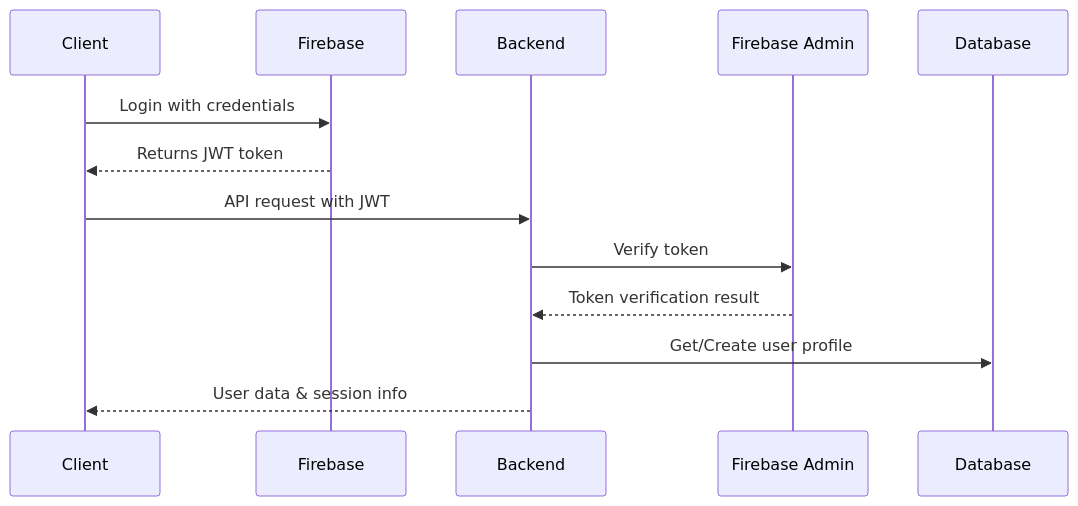
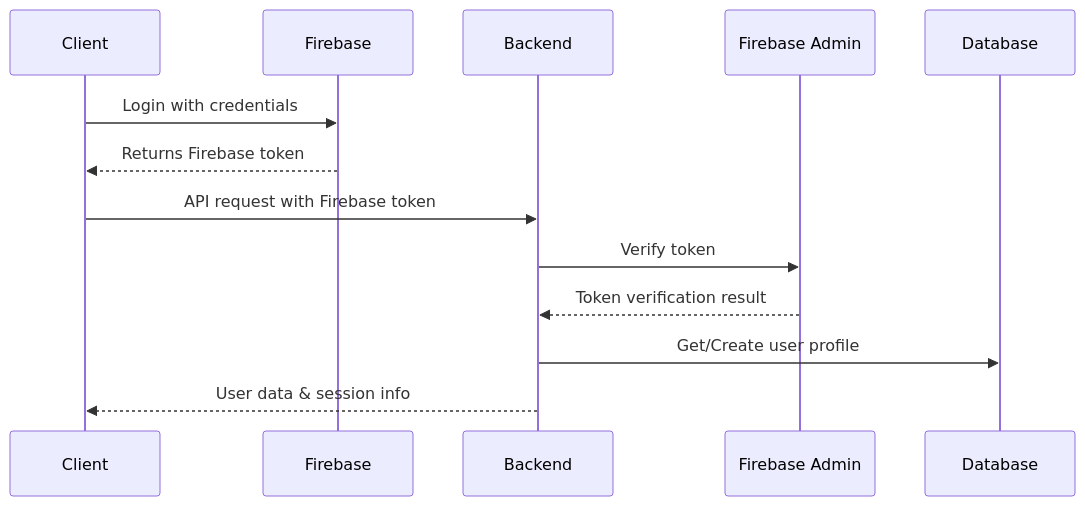
One commit to Jet-labs/jet-admin changed the diagram in docs/docs/auth/authentication.md. Above: the diagram before and after it, drawn with Mermaid. The commit also changed other lines of this file and 53 other files, not shown here.

````diff
--- a/docs/docs/auth/authentication.md
+++ b/docs/docs/auth/authentication.md
@@ -29,10 +29,10 @@
 ```mermaid
 sequenceDiagram
     Client->>Firebase: Login with credentials
-    Firebase-->>Client: Returns JWT token
-    Client->>Backend: API request with JWT
+    Firebase-->>Client: Returns Firebase token
+    Client->>Backend: API request with Firebase token
     Backend->>Firebase Admin: Verify token
     Firebase Admin-->>Backend: Token verification result
     Backend->>Database: Get/Create user profile
     Backend-->>Client: User data & session info
 ```
````
